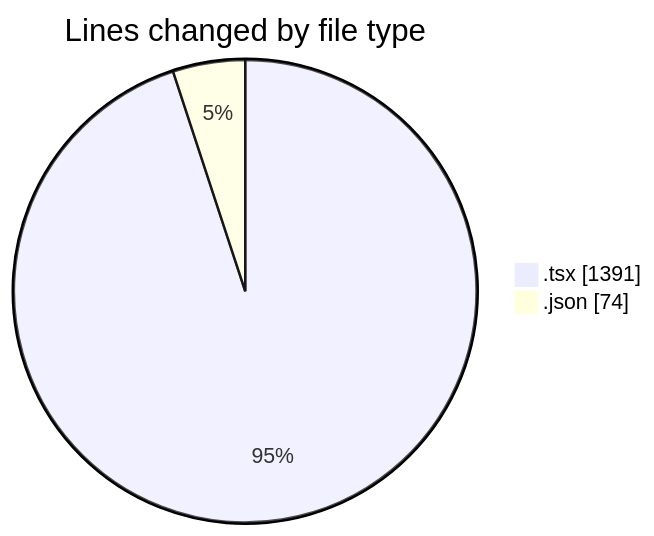
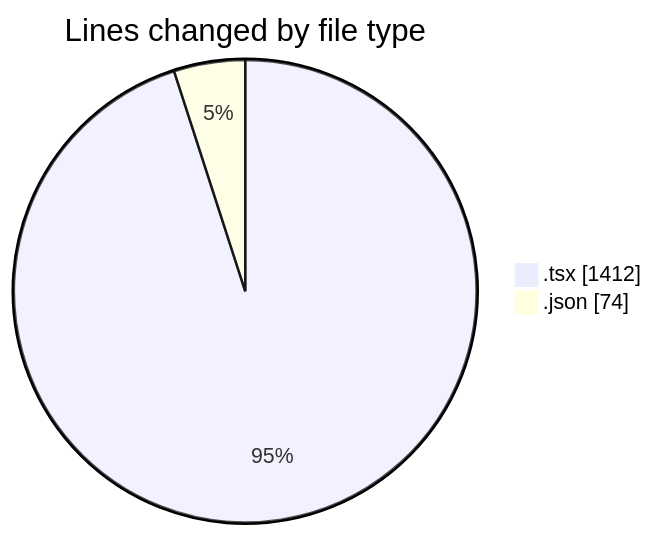
Before and after one commit to momahboobian/code-tracking: the first of 2 diagrams in 2025-04-08/cda/README.md, drawn with Mermaid. The commit also changed other lines of this file and 1 other file, not shown here.

````diff
--- a/2025-04-08/cda/README.md
+++ b/2025-04-08/cda/README.md
@@ -22,6 +22,6 @@
 ```mermaid
 pie showData
 title Lines changed by file type
-".tsx" : 1391
+".tsx" : 1412
 ".json" : 74
 ```
````
